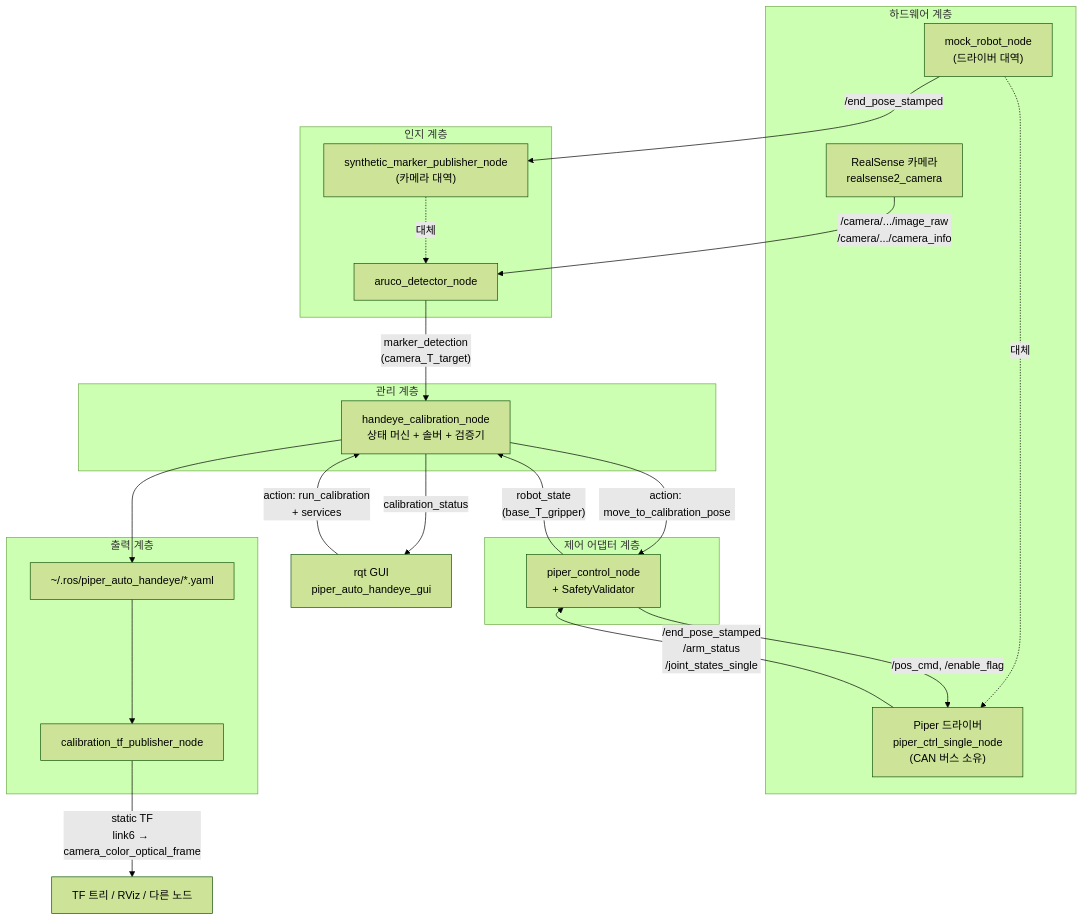
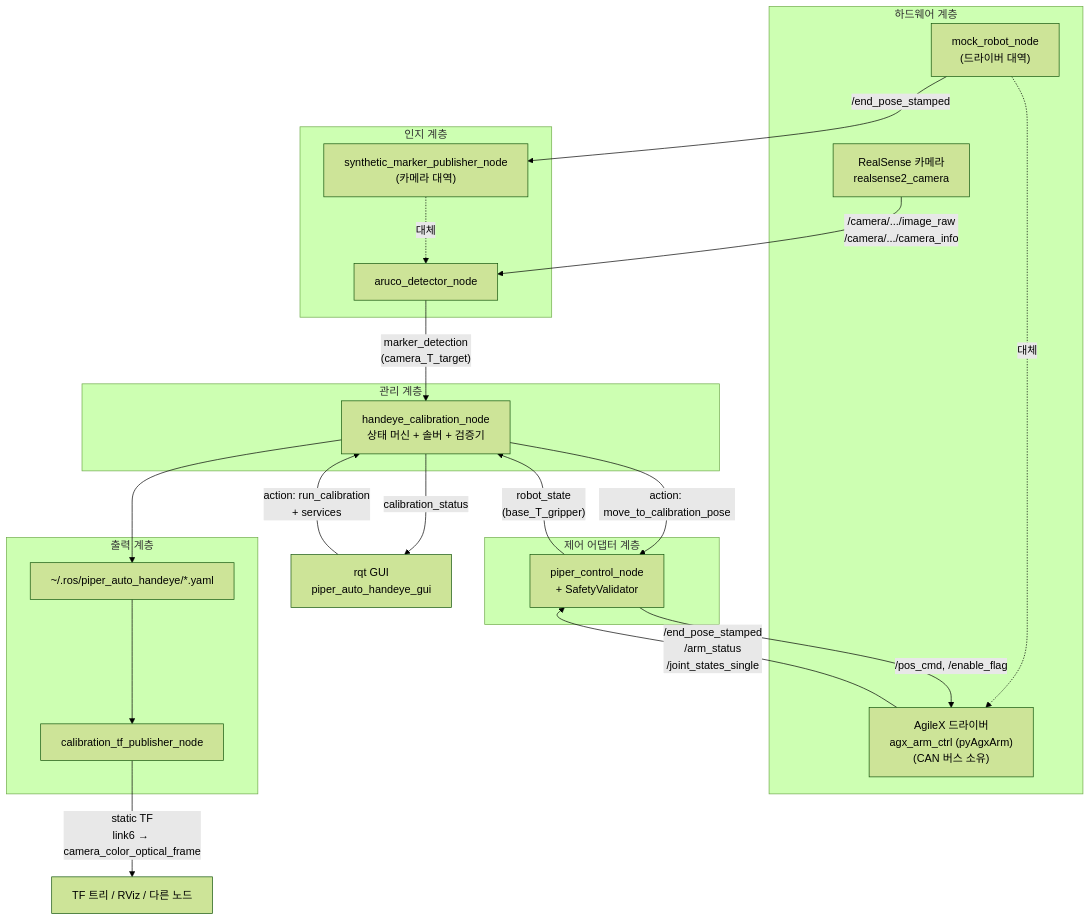
The first of 7 diagrams in ARCHITECTURE.ko.md (pjhpjh6698/AgileX-Piper-auto-Hand-eye-Calibration), drawn with Mermaid (forest theme) before and after one commit. The commit also changed other lines of this file and 290 other files, not shown here.

First line of the commit message:
Real-robot bringup: agx_arm_ctrl driver, joint-space moves, marker-aiming sweep

````diff
--- a/ARCHITECTURE.ko.md
+++ b/ARCHITECTURE.ko.md
@@ -31,45 +31,45 @@
 ```mermaid
 graph TB
     subgraph HW["하드웨어 계층"]
         CAM["RealSense 카메라<br/>realsense2_camera"]
-        DRV["Piper 드라이버<br/>piper_ctrl_single_node<br/>(CAN 버스 소유)"]
+        DRV["AgileX 드라이버<br/>agx_arm_ctrl (pyAgxArm)<br/>(CAN 버스 소유)"]
         MOCK["mock_robot_node<br/>(드라이버 대역)"]
     end
 
     subgraph PERC["인지 계층"]
         ARUCO["aruco_detector_node"]
         SYN["synthetic_marker_publisher_node<br/>(카메라 대역)"]
     end
 
     subgraph CTRL["제어 어댑터 계층"]
         PCN["piper_control_node<br/>+ SafetyValidator"]
     end
 
     subgraph BRAIN["관리 계층"]
         MGR["handeye_calibration_node<br/>상태 머신 + 솔버 + 검증기"]
     end
 
     subgraph OUT["출력 계층"]
         TFP["calibration_tf_publisher_node"]
         YAML["~/.ros/piper_auto_handeye/*.yaml"]
     end
 
     GUI["rqt GUI<br/>piper_auto_handeye_gui"]
 
     CAM -->|"/camera/.../image_raw<br/>/camera/.../camera_info"| ARUCO
     DRV -->|"/end_pose_stamped<br/>/arm_status<br/>/joint_states_single"| PCN
     MOCK -.대체.-> DRV
     PCN -->|"/pos_cmd, /enable_flag"| DRV
     MOCK -->|"/end_pose_stamped"| SYN
     SYN -.대체.-> ARUCO
 
     ARUCO -->|"marker_detection<br/>(camera_T_target)"| MGR
     PCN -->|"robot_state<br/>(base_T_gripper)"| MGR
     MGR -->|"action: move_to_calibration_pose"| PCN
 
     MGR --> YAML
     MGR -->|"calibration_status"| GUI
     GUI -->|"action: run_calibration<br/>+ services"| MGR
     YAML --> TFP
     TFP -->|"static TF<br/>link6 → camera_color_optical_frame"| RVIZ["TF 트리 / RViz / 다른 노드"]
 ```
````
